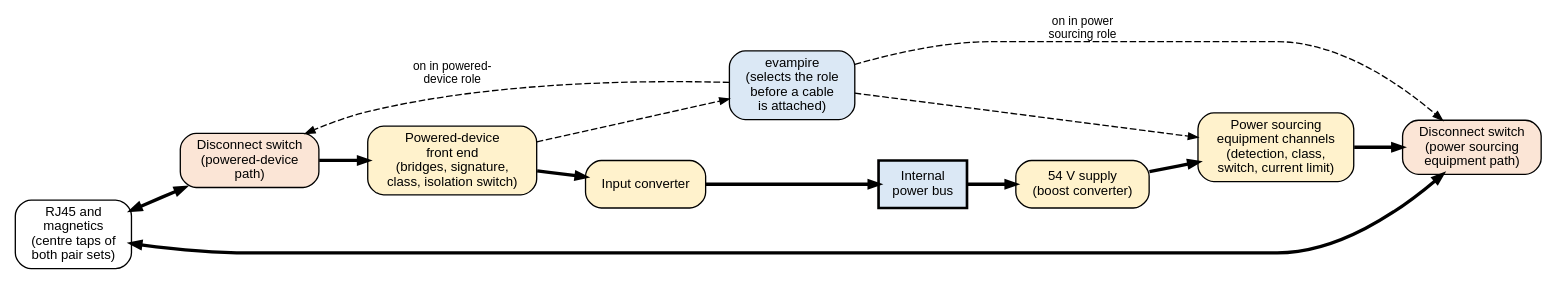
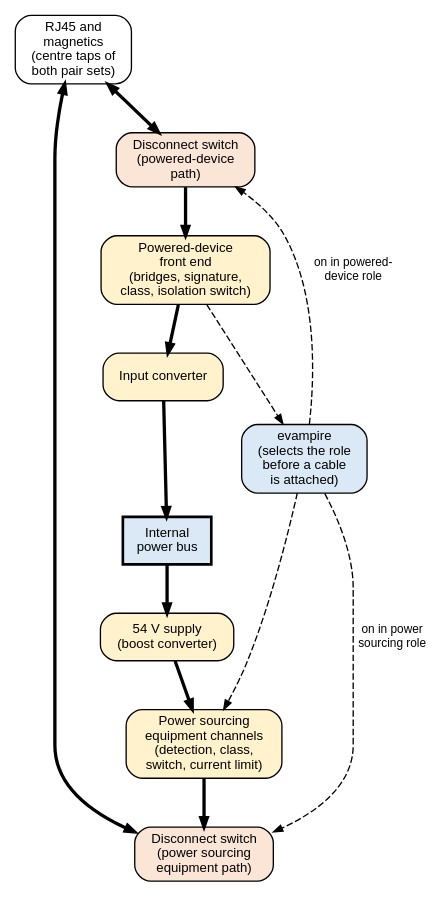
One commit to mithro/evampire changed the diagram in docs/power/poe/dual-role.dot. Above: the diagram before and after it, drawn with Graphviz. The commit also changed 4 other files, not shown here.

Commit message:
Redraw the system diagram on a fixed grid that fits the page width

```diff
--- a/docs/power/poe/dual-role.dot
+++ b/docs/power/poe/dual-role.dot
@@ -1,39 +1,39 @@
 // An Ethernet port that can take either Power over Ethernet role.
 // Bold arrows: power paths. Dashed arrows: control.
 //
 // SPDX-License-Identifier: Apache-2.0
 
 digraph dual_role {
-    graph [rankdir=LR, fontname="Helvetica", fontsize=12, nodesep=0.3,
+    graph [rankdir=TB, fontname="Helvetica", fontsize=12, nodesep=0.3,
            ranksep=0.5, newrank=true];
     node  [shape=box, style="rounded,filled", fillcolor="#f2f2f2",
            fontname="Helvetica", fontsize=10];
     edge  [fontname="Helvetica", fontsize=9, arrowsize=0.7];
 
     cable [label="RJ45 and\nmagnetics\n(centre taps of\nboth pair sets)", fillcolor="#ffffff"];
 
     swpd  [label="Disconnect switch\n(powered-device\npath)", fillcolor="#fbe5d6"];
     swpse [label="Disconnect switch\n(power sourcing\nequipment path)", fillcolor="#fbe5d6"];
 
     pd    [label="Powered-device\nfront end\n(bridges, signature,\nclass, isolation switch)", fillcolor="#fff2cc"];
     pse   [label="Power sourcing\nequipment channels\n(detection, class,\nswitch, current limit)", fillcolor="#fff2cc"];
 
     conv  [label="Input converter", fillcolor="#fff2cc"];
     hv    [label="54 V supply\n(boost converter)", fillcolor="#fff2cc"];
     bus   [label="Internal\npower bus", style="filled,bold", fillcolor="#dbe8f5"];
     evp   [label="evampire\n(selects the role\nbefore a cable\nis attached)", fillcolor="#dbe8f5"];
 
     cable -> swpd  [penwidth=2.5, dir=both];
     cable -> swpse [penwidth=2.5, dir=both];
     swpd  -> pd    [penwidth=2.5];
     pd    -> conv  [penwidth=2.5];
     conv  -> bus   [penwidth=2.5];
     bus   -> hv    [penwidth=2.5];
     hv    -> pse   [penwidth=2.5];
     pse   -> swpse [penwidth=2.5];
 
     evp -> swpd  [style=dashed, label="on in powered-\ndevice role"];
     evp -> swpse [style=dashed, label="on in power\nsourcing role"];
     evp -> pse   [style=dashed];
     pd  -> evp   [style=dashed];
 }
```
